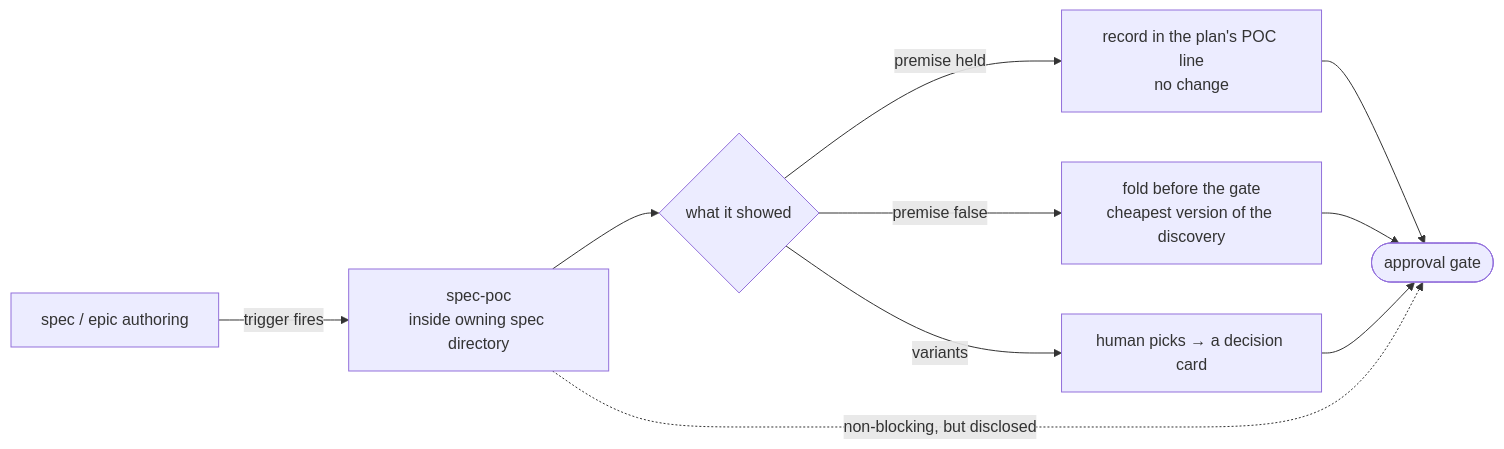
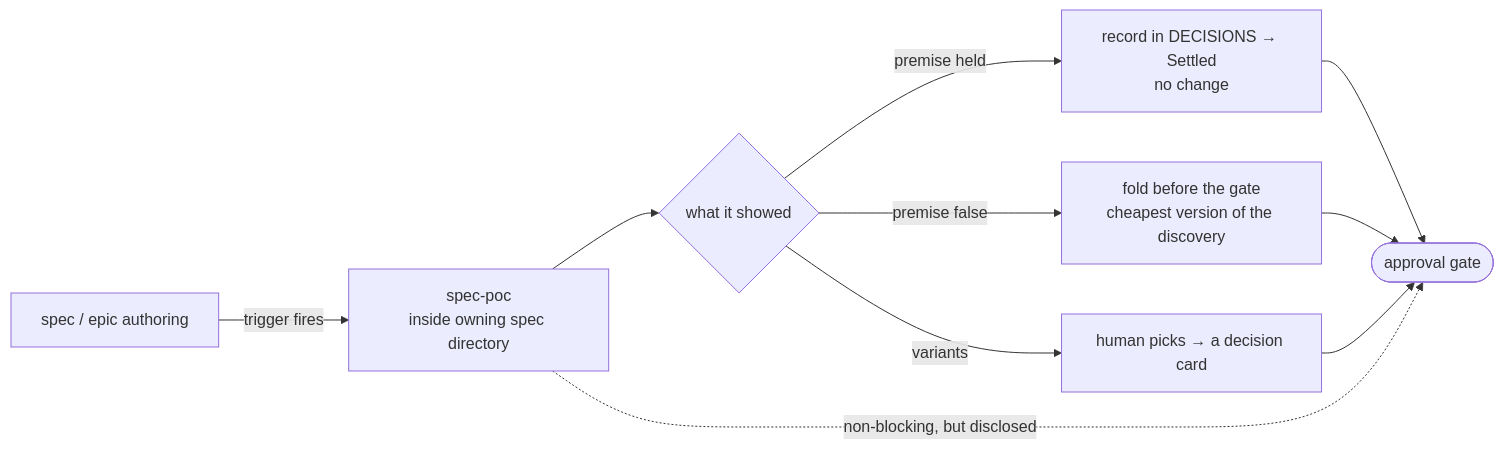
Before and after one commit to fixpoint-labs/flow-state-dev: the third of 5 diagrams in docs/contributing/orchestration.md, drawn with Mermaid. The commit also changed other lines of this file and 7 other files, not shown here.

````diff
--- a/docs/contributing/orchestration.md
+++ b/docs/contributing/orchestration.md
@@ -927,10 +932,10 @@
 ```mermaid
 flowchart LR
   A[spec / epic authoring] -->|trigger fires| P[spec-poc<br/>inside owning spec directory]
   P --> S{what it showed}
-  S -->|premise held| R1["record in the plan's POC line<br/>no change"]
+  S -->|premise held| R1["record in DECISIONS → Settled<br/>no change"]
   S -->|premise false| R2[fold before the gate<br/>cheapest version of the discovery]
   S -->|variants| R3["human picks → a decision card"]
   R1 & R2 & R3 --> G([approval gate])
   P -.->|non-blocking, but disclosed| G
 ```
````
